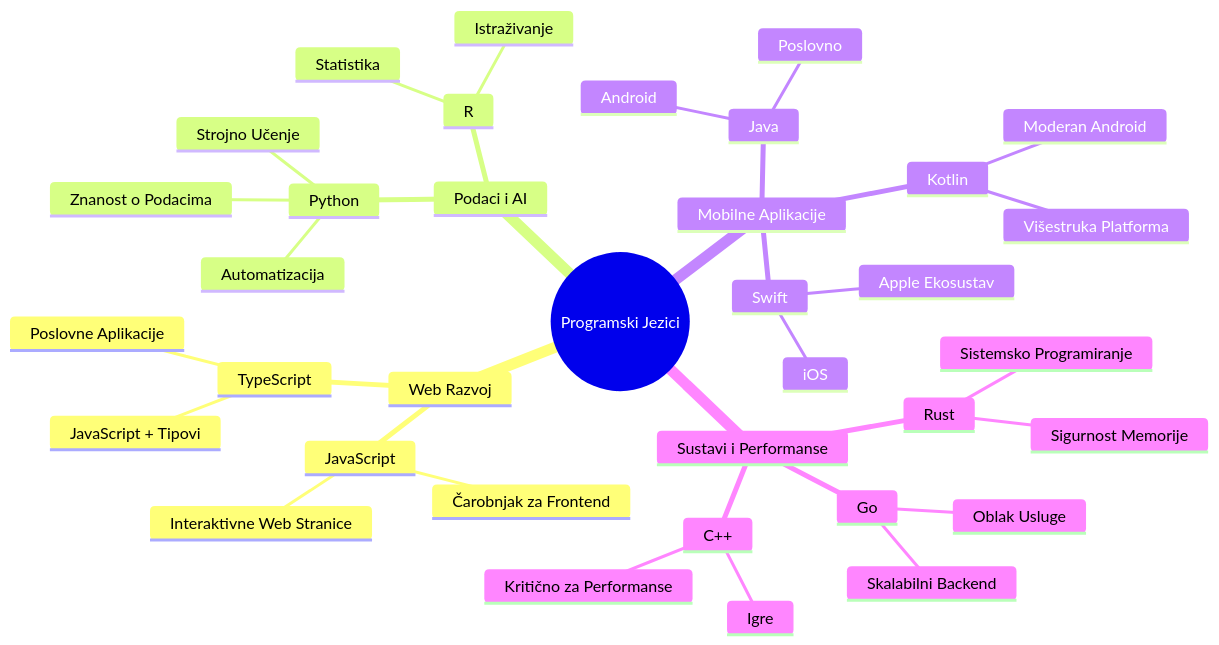
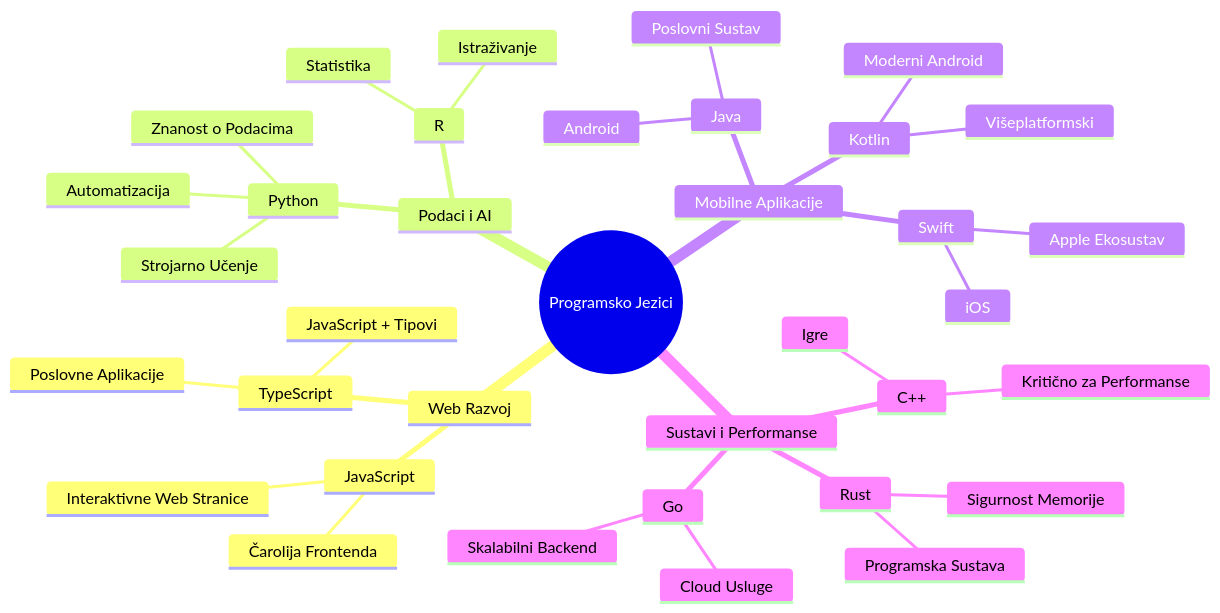
Before and after one commit to microsoft/Web-Dev-For-Beginners: the second of 7 diagrams in translations/hr/1-getting-started-lessons/1-intro-to-programming-languages/README.md, drawn with Mermaid. The commit also changed other lines of this file and 8 other files, not shown here.

````diff
--- a/translations/hr/1-getting-started-lessons/1-intro-to-programming-languages/README.md
+++ b/translations/hr/1-getting-started-lessons/1-intro-to-programming-languages/README.md
@@ -85,39 +85,39 @@
 ```mermaid
 mindmap
-  root((Programski Jezici))
+  root((Programsko Jezici))
     Web Razvoj
       JavaScript
-        Čarobnjak za Frontend
+        Čarolija Frontenda
         Interaktivne Web Stranice
       TypeScript
         JavaScript + Tipovi
         Poslovne Aplikacije
     Podaci i AI
       Python
         Znanost o Podacima
-        Strojno Učenje
+        Strojarno Učenje
         Automatizacija
       R
         Statistika
         Istraživanje
     Mobilne Aplikacije
       Java
         Android
-        Poslovno
+        Poslovni Sustav
       Swift
         iOS
         Apple Ekosustav
       Kotlin
-        Moderan Android
-        Višestruka Platforma
+        Moderni Android
+        Višeplatformski
     Sustavi i Performanse
       C++
         Igre
         Kritično za Performanse
       Rust
         Sigurnost Memorije
-        Sistemsko Programiranje
+        Programska Sustava
       Go
-        Oblak Usluge
+        Cloud Usluge
         Skalabilni Backend
 ```
````
